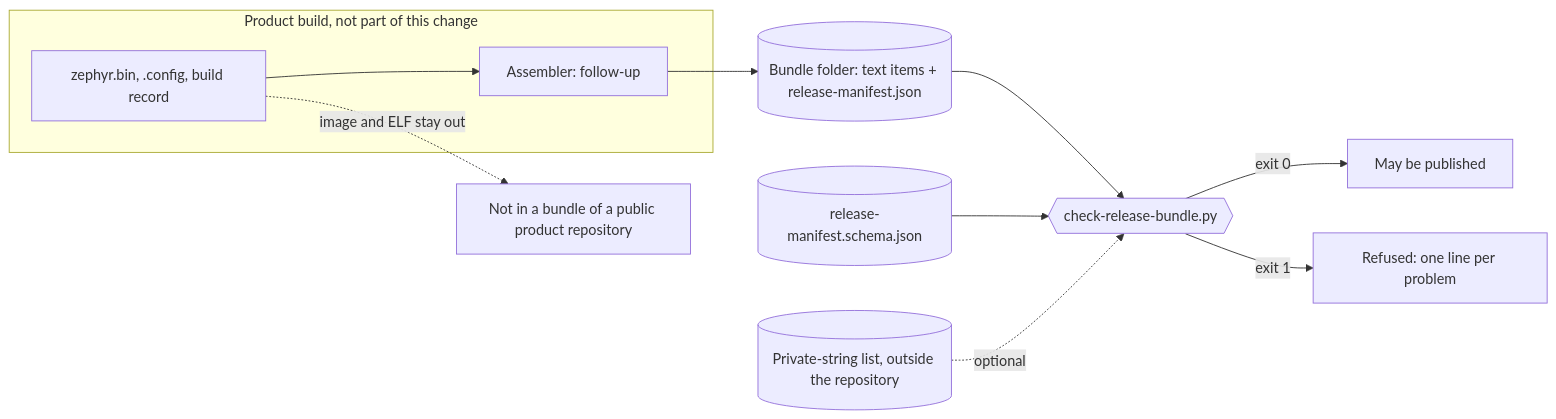
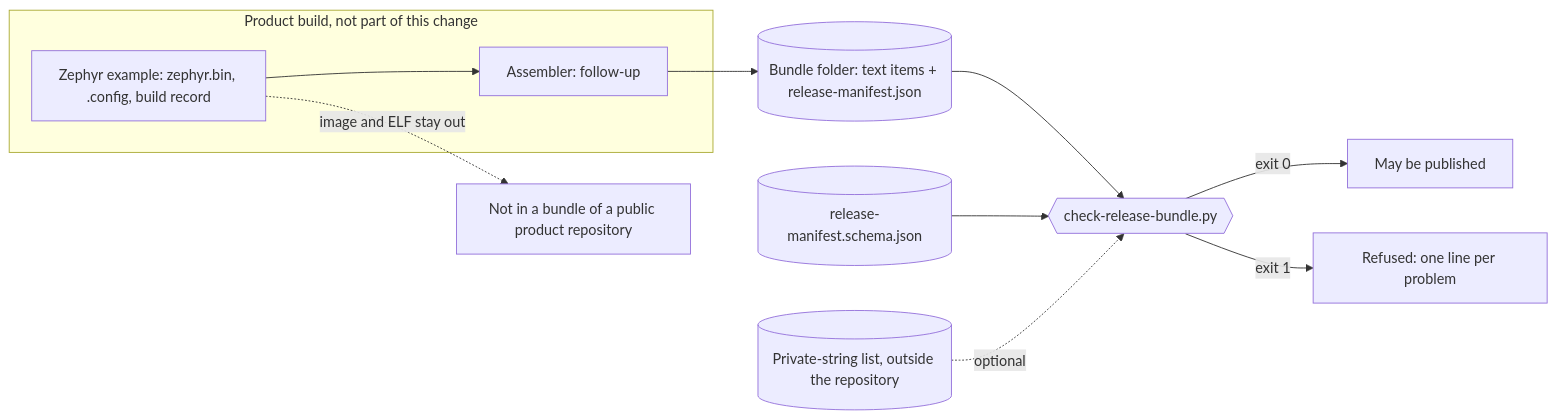
One commit to wonny-labs/crux-pilot changed the diagram in docs/release-bundle-checker.md. Above: the diagram before and after it, drawn with Mermaid. The commit also changed other lines of this file and 2 other files, not shown here.

First line of the commit message:
fix: keep the release bundle schema free of Zephyr and west assumptions

````diff
--- a/docs/release-bundle-checker.md
+++ b/docs/release-bundle-checker.md
@@ -29,13 +29,13 @@
 ```mermaid
 flowchart LR
     subgraph build[Product build, not part of this change]
-        B[zephyr.bin, .config, build record] --> A[Assembler: follow-up]
+        B[Zephyr example: zephyr.bin, .config, build record] --> A[Assembler: follow-up]
     end
     A --> D[(Bundle folder: text items + release-manifest.json)]
     D --> C{{check-release-bundle.py}}
     S[(release-manifest.schema.json)] --> C
     P[(Private-string list, outside the repository)] -.optional.-> C
     C -->|exit 0| O[May be published]
     C -->|exit 1| R[Refused: one line per problem]
     B -. image and ELF stay out .-> X[Not in a bundle of a public product repository]
 ```
````
